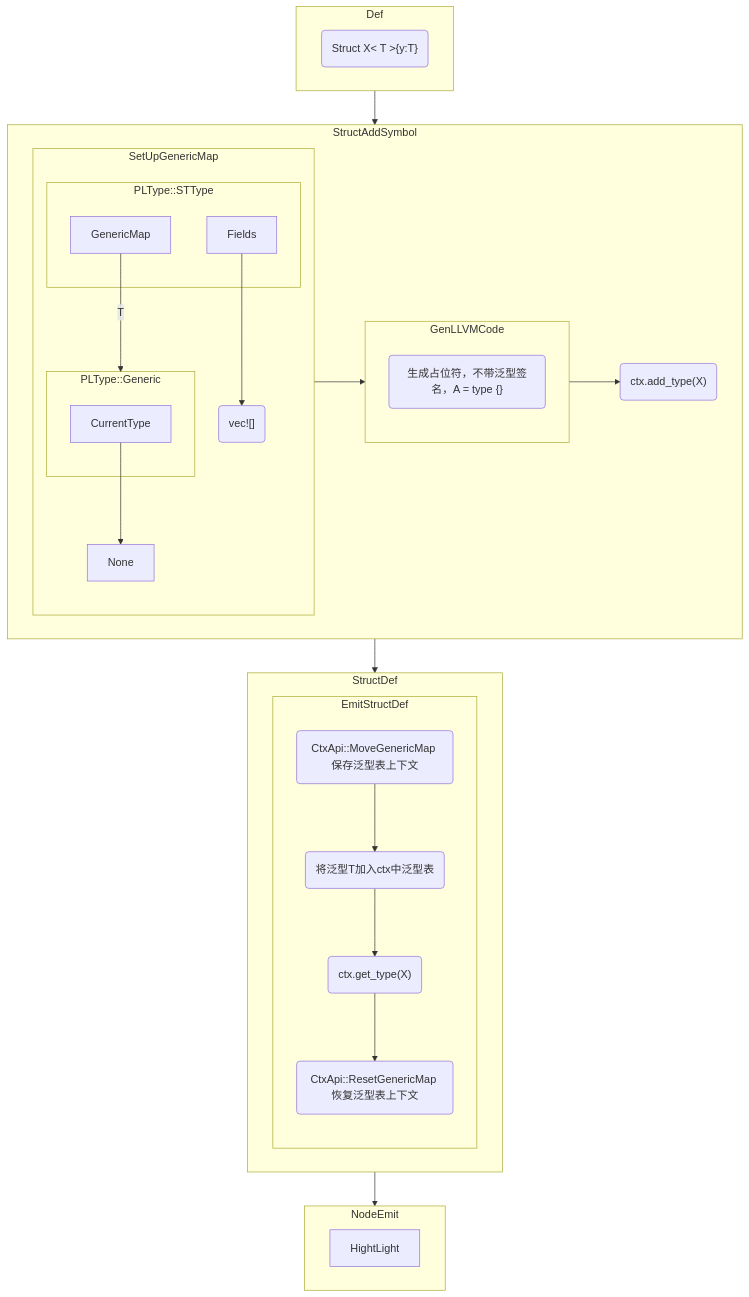
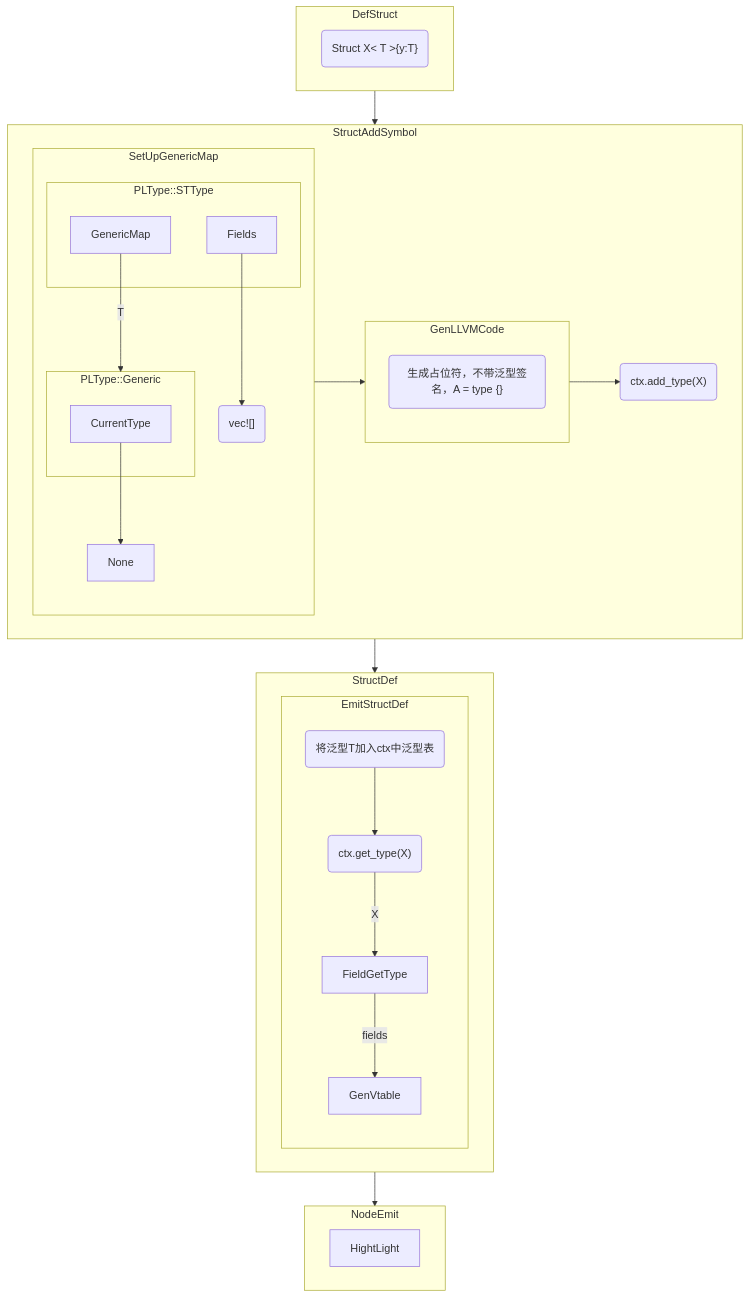
The first of 3 diagrams in book/src/compiler/generic.md (Pivot-Studio/pivot-lang), drawn with Mermaid before and after one commit. The commit also changed other lines of this file and 8 other files, not shown here.

````diff
--- a/book/src/compiler/generic.md
+++ b/book/src/compiler/generic.md
@@ -2,46 +2,43 @@
 ```mermaid
 graph TD
-    Def-->StructAddSymbol-->StructDef-->NodeEmit  
-    subgraph Def
-        DefStruct("Struct X< T >{y:T}")
+    DefStruct-->StructAddSymbol-->StructDef-->NodeEmit  
+    subgraph DefStruct
+        Def("Struct X< T >{y:T}")
     end
     subgraph StructAddSymbol
-        %% SetUpGenericMap
         subgraph SetUpGenericMap
             subgraph PLType::STType
                 GenericMap
                 Fields
             end
             subgraph PLType::Generic
                 CurrentType
             end
             None
             EmptyVec("vec![]")
             CurrentType-->None
             Fields-->EmptyVec
             GenericMap--T-->PLType::Generic
         end
         %% GenLLVMCode
         subgraph GenLLVMCode
             Code("生成占位符，不带泛型签名，A = type {}")
         end
         AddType("ctx.add_type(X)")
         SetUpGenericMap-->GenLLVMCode-->AddType
     end
 
     subgraph StructDef
-        Move(CtxApi::MoveGenericMap 保存泛型表上下文)
-        Reset(CtxApi::ResetGenericMap 恢复泛型表上下文)
         AddGeneric(将泛型T加入ctx中泛型表)
         GetType("ctx.get_type(X)")
+        FieldGetType
         subgraph EmitStructDef
-            direction TB
-            Move-->AddGeneric-->GetType-->Reset
+            AddGeneric-->GetType--X-->FieldGetType--fields-->GenVtable
         end
     end
 
     subgraph NodeEmit
         HightLight
     end
     
 ```
````
